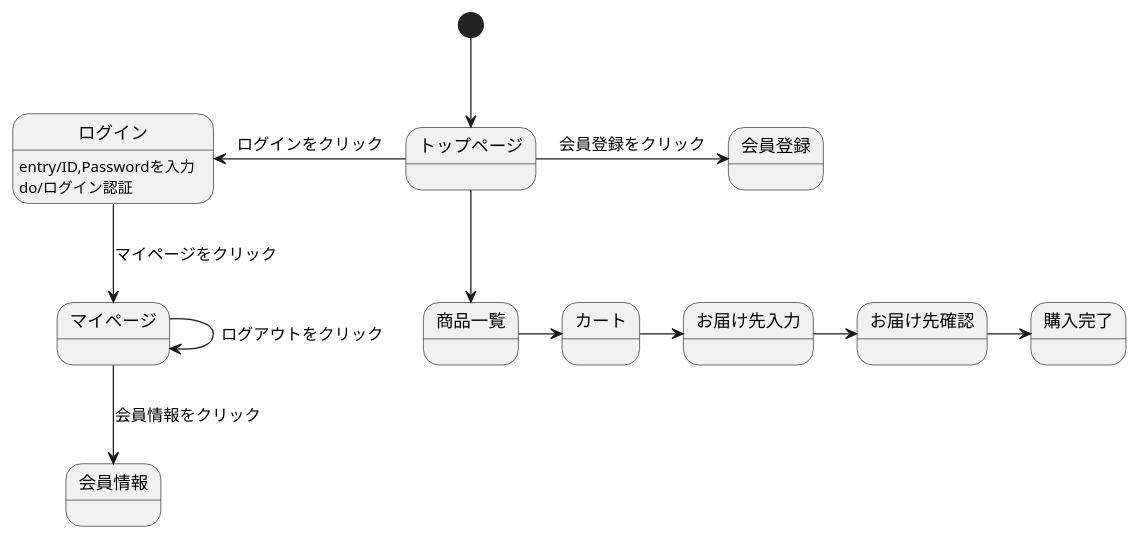
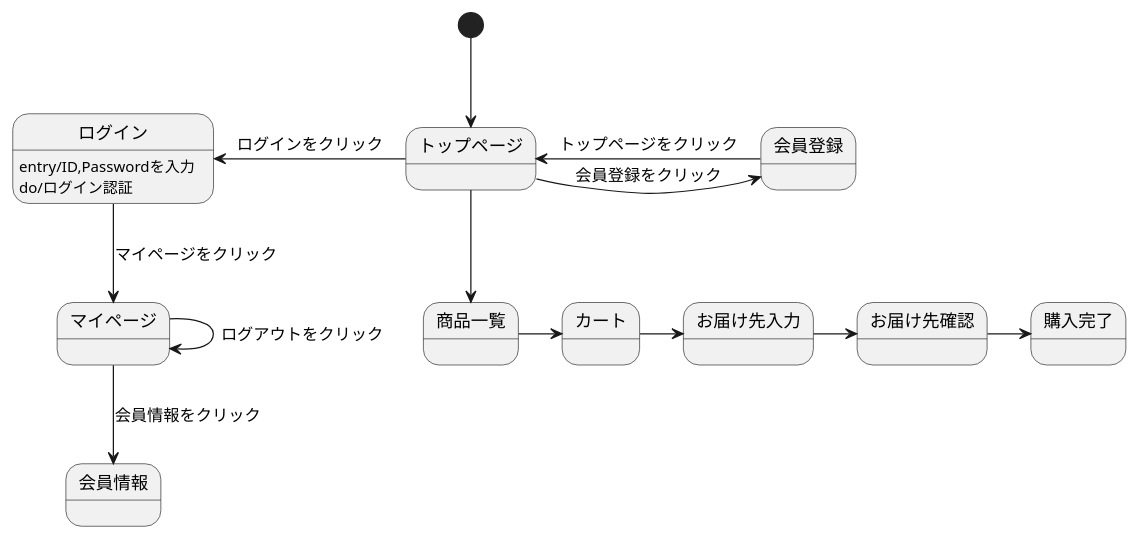
One commit to Aso2001163/2021sys-design-2 changed the diagram in stm01.md. Above: the diagram before and after it, drawn with PlantUML.

````diff
--- a/stm01.md
+++ b/stm01.md
@@ -1,17 +1,18 @@
 ```uml
 @startuml
 [*] --> トップページ
 トップページ -> 会員登録 : 会員登録をクリック
+会員登録 -> トップページ : トップページをクリック
 トップページ -left-> ログイン : ログインをクリック
 ログイン -down-> マイページ : マイページをクリック
 ログイン:entry/ID,Passwordを入力
 ログイン:do/ログイン認証
 マイページ --> マイページ : ログアウトをクリック
 マイページ -down-> 会員情報 : 会員情報をクリック
 トップページ --> 商品一覧
 商品一覧 -> カート
 カート -> お届け先入力
 お届け先入力 -> お届け先確認
 お届け先確認 -> 購入完了
 @enduml
 ```
````
